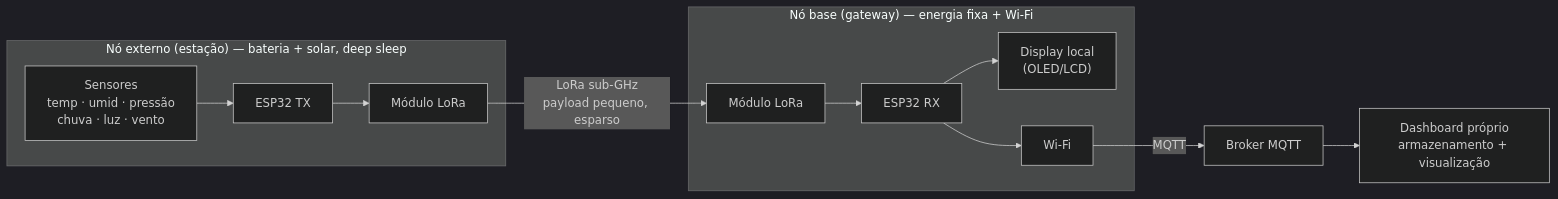
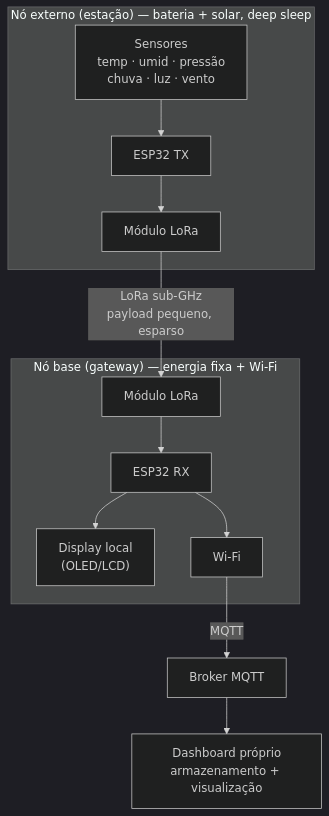
One commit to BrunoBReis/trabalho_embarcados changed the diagram in README.md. Above: the diagram before and after it, drawn with Mermaid (dark theme).

Commit message:
docs: changing horizontal do vertical diagram

````diff
--- a/README.md
+++ b/README.md
@@ -84,18 +84,18 @@
 ```mermaid
-flowchart LR
+flowchart TD
     subgraph EXT["Nó externo (estação) — bateria + solar, deep sleep"]
         S["Sensores<br/>temp · umid · pressão<br/>chuva · luz · vento"] --> E1["ESP32 TX"]
         E1 --> L1["Módulo LoRa"]
     end
 
     L1 -- "LoRa sub-GHz<br/>payload pequeno, esparso" --> L2["Módulo LoRa"]
 
     subgraph BASE["Nó base (gateway) — energia fixa + Wi-Fi"]
         L2 --> E2["ESP32 RX"]
         E2 --> D["Display local<br/>(OLED/LCD)"]
         E2 --> W["Wi-Fi"]
     end
 
     W -- "MQTT" --> B["Broker MQTT"]
     B --> DB["Dashboard próprio<br/>armazenamento + visualização"]
 ```
````
